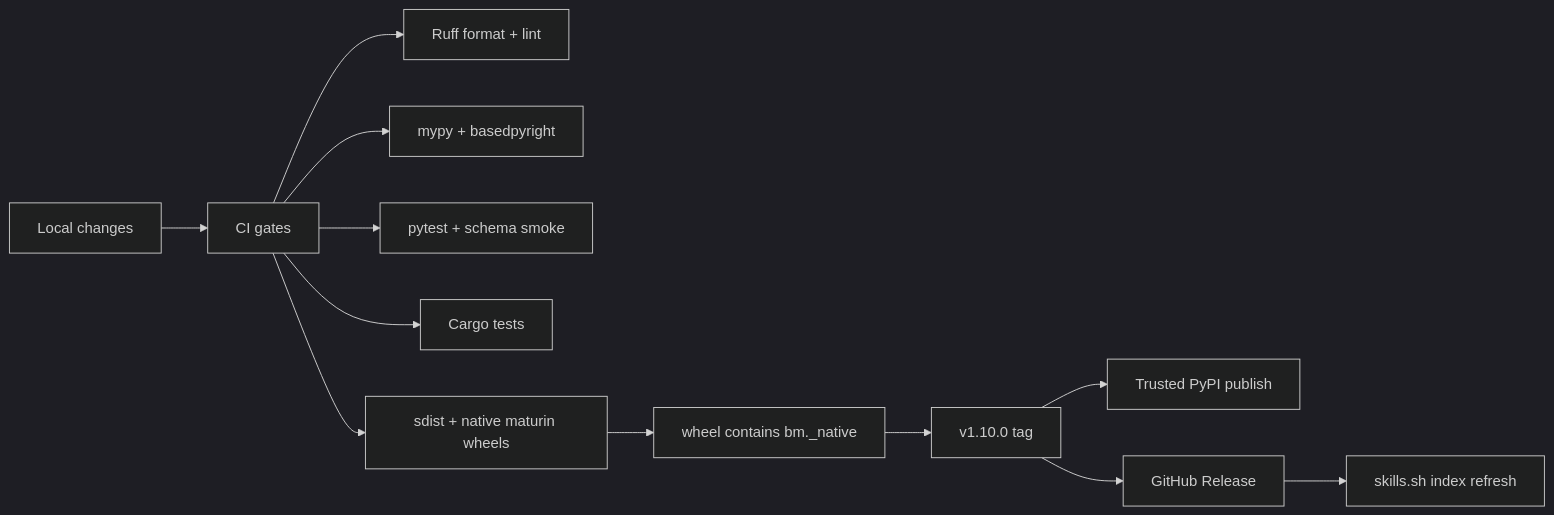
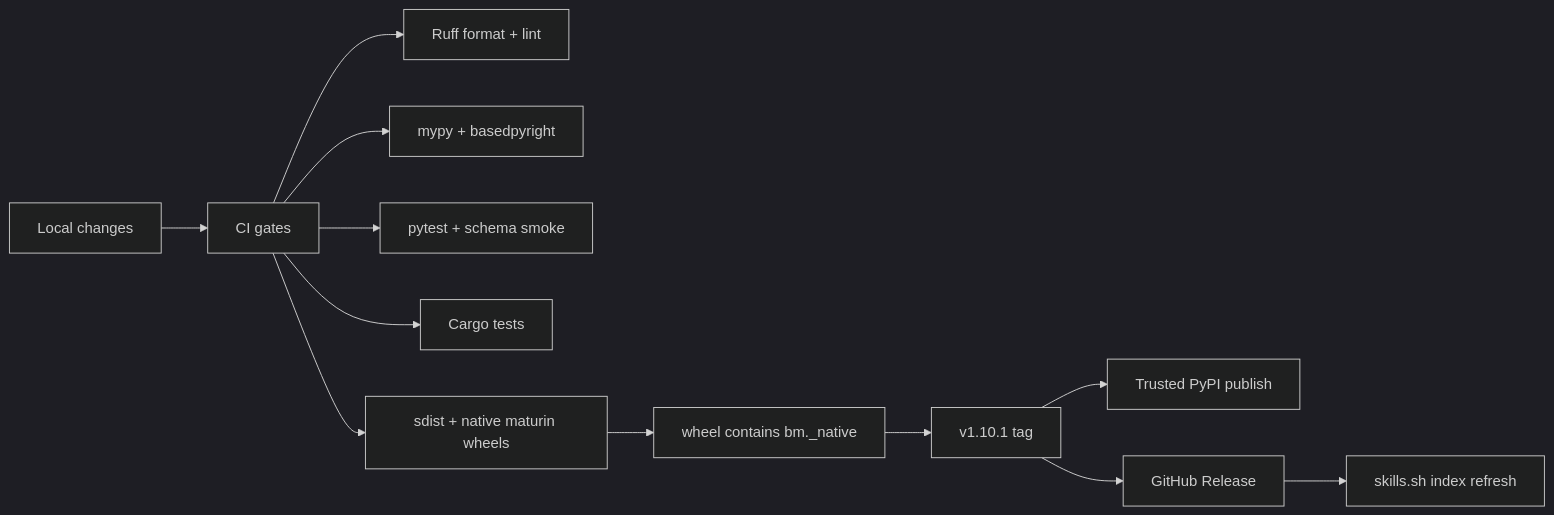
One commit to Benmore-Studio/Benmore-Meridian changed the first of 3 diagrams in docs/RELEASE_HARDENING.md. Above: the diagram before and after it, drawn with Mermaid (dark theme). The commit also changed other lines of this file and 6 other files, not shown here.

````diff
--- a/docs/RELEASE_HARDENING.md
+++ b/docs/RELEASE_HARDENING.md
@@ -17,14 +17,14 @@
 ```mermaid
 flowchart LR
     dev[Local changes] --> ci[CI gates]
     ci --> lint[Ruff format + lint]
     ci --> types[mypy + basedpyright]
     ci --> tests[pytest + schema smoke]
     ci --> rust[Cargo tests]
     ci --> build[sdist + native maturin wheels]
     build --> verify[wheel contains bm._native]
-    verify --> tag[v1.10.0 tag]
+    verify --> tag[v1.10.1 tag]
     tag --> pypi[Trusted PyPI publish]
     tag --> gh[GitHub Release]
     gh --> skills[skills.sh index refresh]
 ```
````
